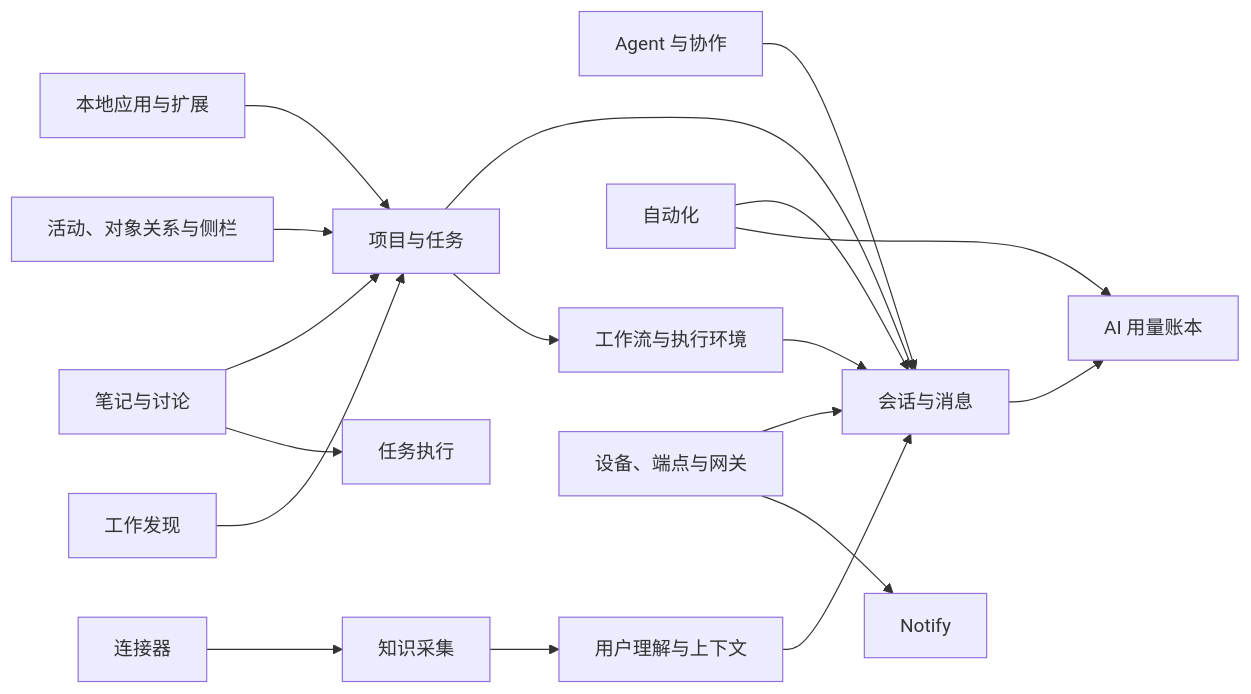
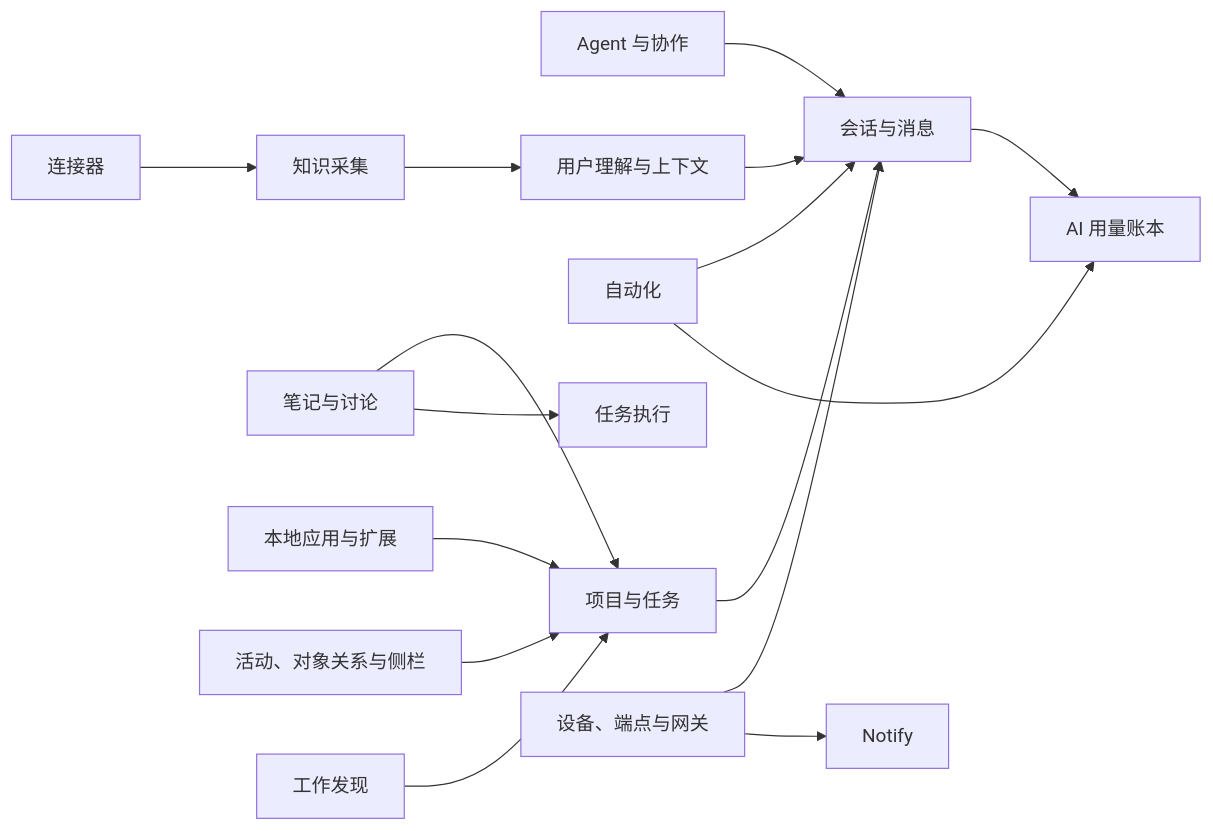
One commit to xopcai/xopc changed the first of 4 diagrams in docs/design/technical/database-domain-model.md. Above: the diagram before and after it, drawn with Mermaid. The commit also changed other lines of this file and 784 other files, not shown here.

````diff
--- a/docs/design/technical/database-domain-model.md
+++ b/docs/design/technical/database-domain-model.md
@@ -29,20 +29,18 @@
 ```mermaid
 flowchart LR
   Agent[Agent 与协作] --> Session[会话与消息]
   Project[项目与任务] --> Session
-  Project --> Workflow[工作流与执行环境]
-  Workflow --> Session
   Automation[自动化] --> Session
   Automation --> Usage[AI 用量账本]
   Connector[连接器] --> Knowledge[知识采集]
   Knowledge --> Understanding[用户理解与上下文]
   Understanding --> Session
   Session --> Usage
   Notes[笔记与讨论] --> Project
   Notes --> Task[任务执行]
   Device[设备、端点与网关] --> Session
   Device --> Notify
   App[本地应用与扩展] --> Project
   Activity[活动、对象关系与侧栏] --> Project
   Discovery[工作发现] --> Project
 ```
````
